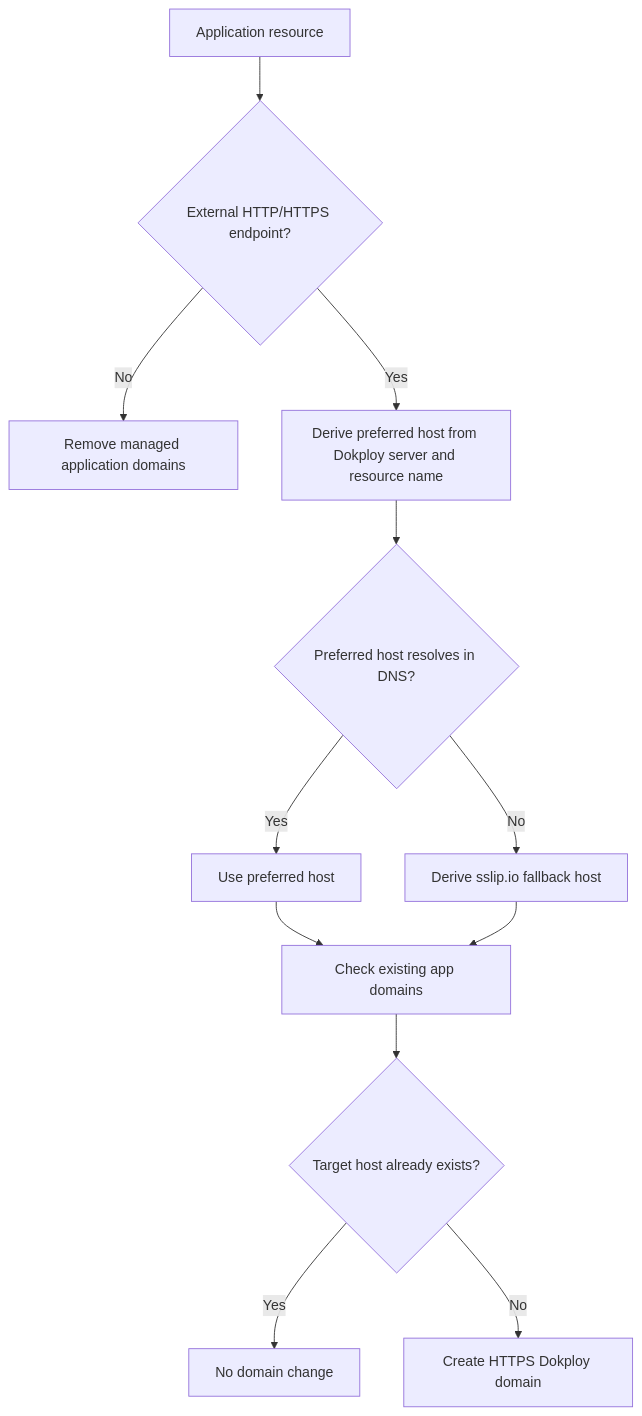
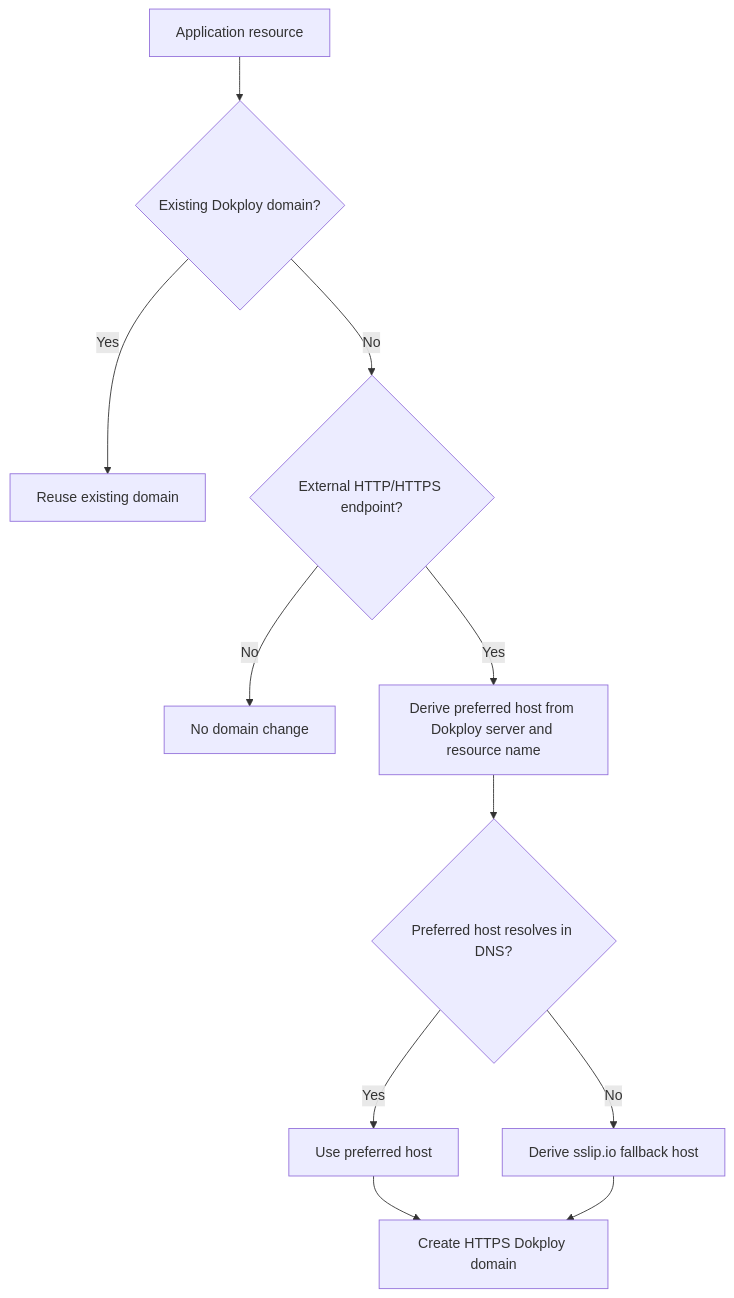
Diagram 12 of 15 in docs/dokploy-deployment-architecture.md (jomaxso/sorvia-aspire), drawn with Mermaid before and after one commit. The commit also changed other lines of this file and 6 other files, not shown here.

````diff
--- a/docs/dokploy-deployment-architecture.md
+++ b/docs/dokploy-deployment-architecture.md
@@ -380,14 +429,13 @@
 ```mermaid
 flowchart TD
-    A["Application resource"] --> B{"External HTTP/HTTPS endpoint?"}
-    B -->|No| C["Remove managed application domains"]
-    B -->|Yes| D["Derive preferred host from Dokploy server and resource name"]
-    D --> E{"Preferred host resolves in DNS?"}
-    E -->|Yes| F["Use preferred host"]
-    E -->|No| G["Derive sslip.io fallback host"]
-    F --> H["Check existing app domains"]
-    G --> H
-    H --> I{"Target host already exists?"}
-    I -->|Yes| J["No domain change"]
-    I -->|No| K["Create HTTPS Dokploy domain"]
+    A["Application resource"] --> B{"Existing Dokploy domain?"}
+    B -->|Yes| C["Reuse existing domain"]
+    B -->|No| D{"External HTTP/HTTPS endpoint?"}
+    D -->|No| E["No domain change"]
+    D -->|Yes| F["Derive preferred host from Dokploy server and resource name"]
+    F --> G{"Preferred host resolves in DNS?"}
+    G -->|Yes| H["Use preferred host"]
+    G -->|No| I["Derive sslip.io fallback host"]
+    H --> J["Create HTTPS Dokploy domain"]
+    I --> J
 ```
````
